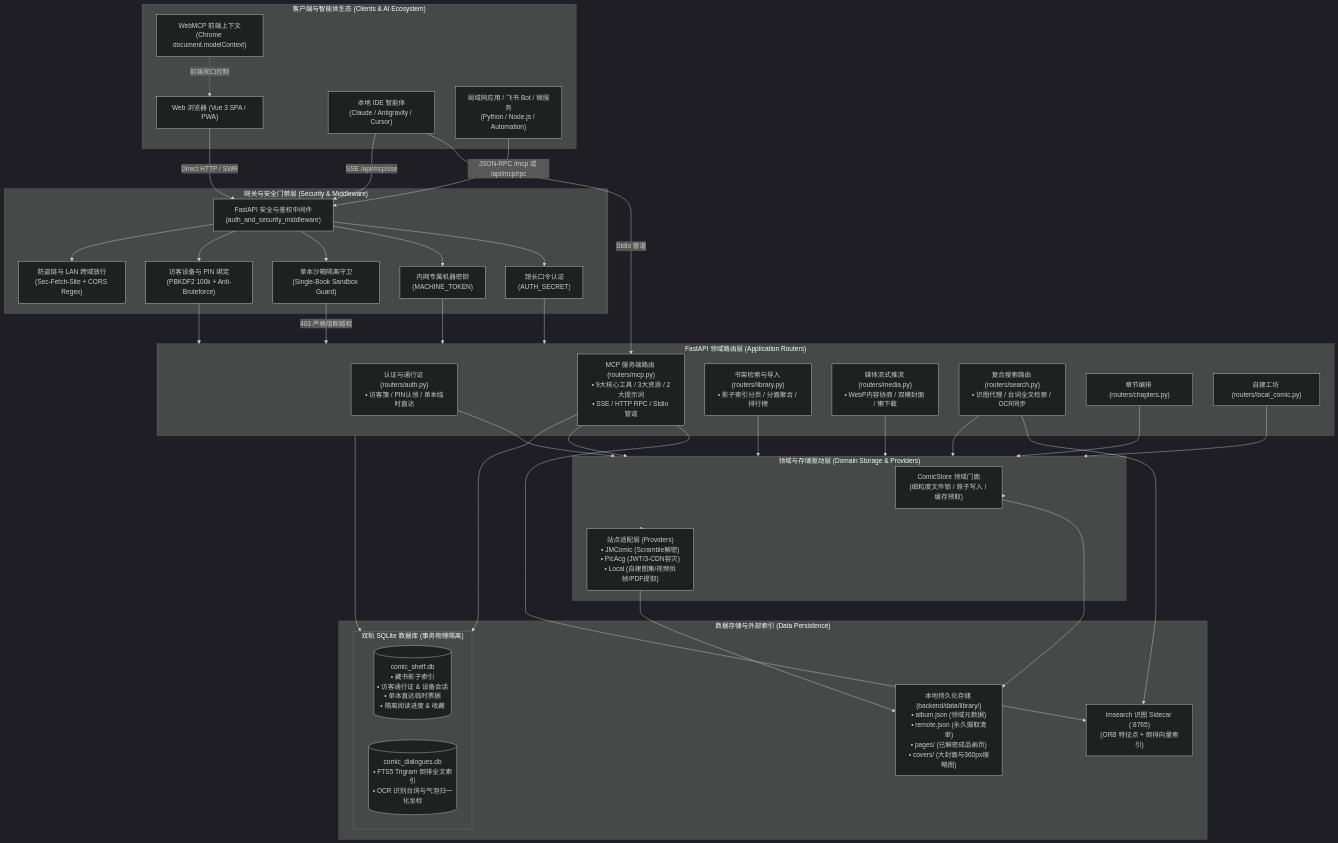
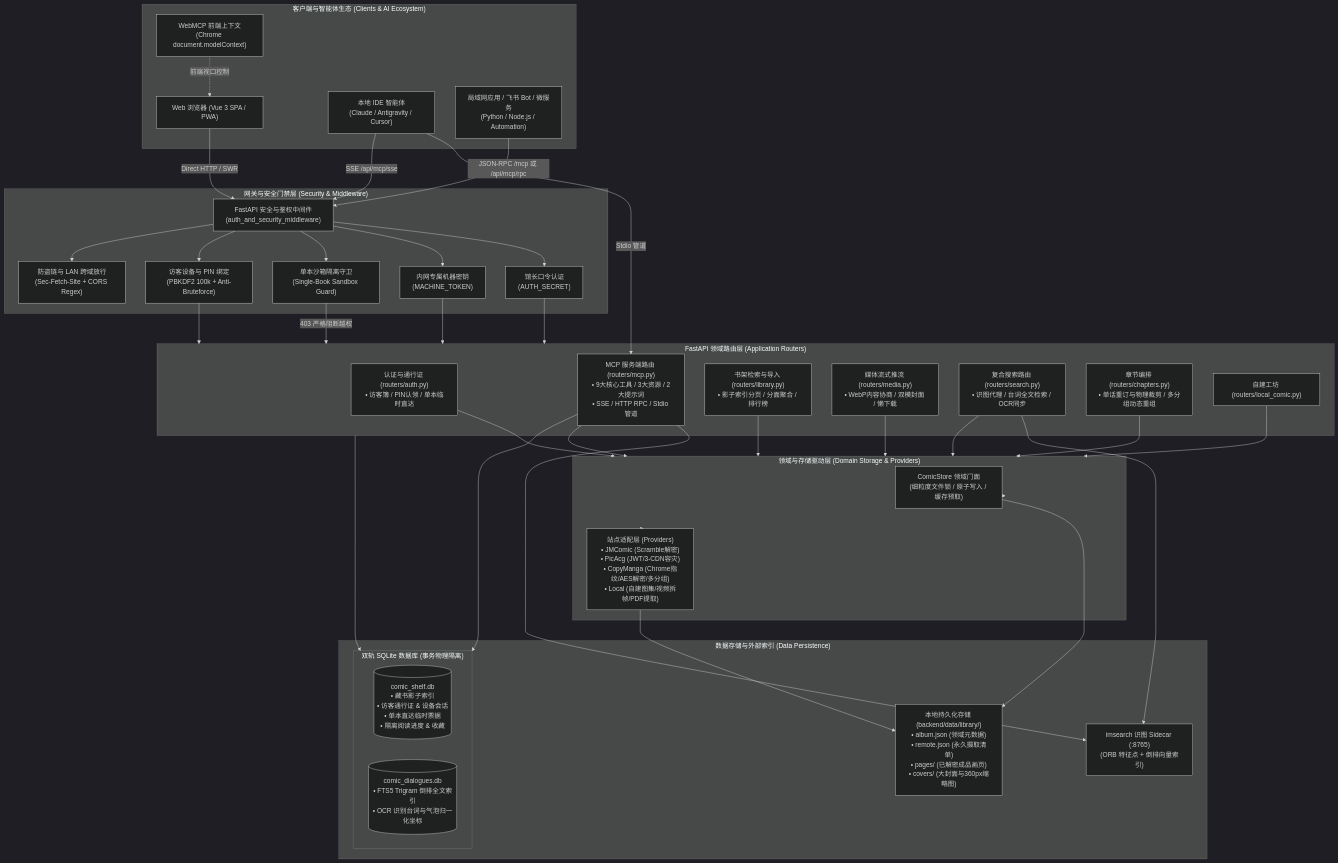
Before and after one commit to lhvision/comic-shelf: the diagram in docs/agents/architecture.md, drawn with Mermaid (dark theme). The commit also changed 12 other files, not shown here.

````diff
--- a/docs/agents/architecture.md
+++ b/docs/agents/architecture.md
@@ -30,77 +30,77 @@
 ```mermaid
 flowchart TD
     subgraph Clients["客户端与智能体生态 (Clients & AI Ecosystem)"]
         WebUI["Web 浏览器 (Vue 3 SPA / PWA)"]
         WebMCP["WebMCP 前端上下文<br/>(Chrome document.modelContext)"]
         LocalAgent["本地 IDE 智能体<br/>(Claude / Antigravity / Cursor)"]
         LanBots["局域网应用 / 飞书 Bot / 微服务<br/>(Python / Node.js / Automation)"]
     end
 
     subgraph Gateway["网关与安全门禁层 (Security & Middleware)"]
         AuthMiddleware["FastAPI 安全与鉴权中间件<br/>(auth_and_security_middleware)"]
         CuratorAuth["馆长口令认证<br/>(AUTH_SECRET)"]
         MachineAuth["内网专属机器密钥<br/>(MACHINE_TOKEN)"]
         SandboxGuard["单本沙箱隔离守卫<br/>(Single-Book Sandbox Guard)"]
         GuestDevice["访客设备与 PIN 绑定<br/>(PBKDF2 100k + Anti-Bruteforce)"]
         Hotlink["防盗链与 LAN 跨域放行<br/>(Sec-Fetch-Site + CORS Regex)"]
     end
 
     subgraph AppLayer["FastAPI 领域路由层 (Application Routers)"]
         MCPServer["MCP 服务端路由 (routers/mcp.py)<br/>• 9大核心工具 / 3大资源 / 2大提示词<br/>• SSE / HTTP RPC / Stdio 管道"]
         AuthRouter["认证与通行证 (routers/auth.py)<br/>• 访客簿 / PIN认领 / 单本临时直达"]
         LibraryRouter["书架检索与导入 (routers/library.py)<br/>• 影子索引分页 / 分面聚合 / 排行榜"]
         MediaRouter["媒体流式推流 (routers/media.py)<br/>• WebP内容协商 / 双模封面 / 懒下载"]
         SearchRouter["复合搜索路由 (routers/search.py)<br/>• 识图代理 / 台词全文检索 / OCR同步"]
-        ChaptersRouter["章节编排 (routers/chapters.py)"]
+        ChaptersRouter["章节编排 (routers/chapters.py)<br/>• 单话重订与物理裁剪 / 多分组动态重组"]
         LocalRouter["自建工坊 (routers/local_comic.py)"]
     end
 
     subgraph Domain["领域与存储驱动层 (Domain Storage & Providers)"]
         ComicStore["ComicStore 领域门面<br/>(细粒度文件锁 / 原子写入 / 缓存预取)"]
-        Providers["站点适配层 (Providers)<br/>• JMComic (Scramble解密)<br/>• PicAcg (JWT/3-CDN容灾)<br/>• Local (自建图集/视频拆帧/PDF提取)"]
+        Providers["站点适配层 (Providers)<br/>• JMComic (Scramble解密)<br/>• PicAcg (JWT/3-CDN容灾)<br/>• CopyManga (Chrome指纹/AES解密/多分组)<br/>• Local (自建图集/视频拆帧/PDF提取)"]
     end
 
     subgraph Storage["数据存储与外部索引 (Data Persistence)"]
         subgraph Databases["双轨 SQLite 数据库 (事务物理隔离)"]
             MainDB[("comic_shelf.db<br/>• 藏书影子索引<br/>• 访客通行证 & 设备会话<br/>• 单本直达临时票据<br/>• 隔离阅读进度 & 收藏")]
             DiagDB[("comic_dialogues.db<br/>• FTS5 Trigram 倒排全文索引<br/>• OCR 识别台词与气泡归一化坐标")]
         end
         ImsearchSidecar["imsearch 识图 Sidecar (:8765)<br/>(ORB 特征点 + 倒排向量索引)"]
         DataDir["本地持久化存储 (backend/data/library/)<br/>• album.json (领域元数据)<br/>• remote.json (永久摄取清单)<br/>• pages/ (已解密成品画页)<br/>• covers/ (大封面与360px缩略图)"]
     end
 
     WebUI -->|Direct HTTP / SWR| AuthMiddleware
     WebMCP -.->|前端视口控制| WebUI
     LocalAgent -->|Stdio 管道| MCPServer
     LocalAgent -->|SSE /api/mcp/sse| AuthMiddleware
     LanBots -->|JSON-RPC /mcp 或 /api/mcp/rpc| AuthMiddleware
 
     AuthMiddleware --> CuratorAuth
     AuthMiddleware --> MachineAuth
     AuthMiddleware --> SandboxGuard
     AuthMiddleware --> GuestDevice
     AuthMiddleware --> Hotlink
 
     CuratorAuth --> AppLayer
     MachineAuth --> AppLayer
     SandboxGuard -->|403 严格阻断越权| AppLayer
     GuestDevice --> AppLayer
 
     MCPServer --> Domain
     AuthRouter --> Domain
     LibraryRouter --> Domain
     MediaRouter --> Domain
     SearchRouter --> Domain
     ChaptersRouter --> Domain
     LocalRouter --> Domain
 
     Domain --> ComicStore
     Domain --> Providers
     Providers --> DataDir
     ComicStore --> DataDir
 
     AppLayer --> Databases
     SearchRouter --> ImsearchSidecar
     MCPServer --> Databases
     MCPServer --> ImsearchSidecar
 ```
````
